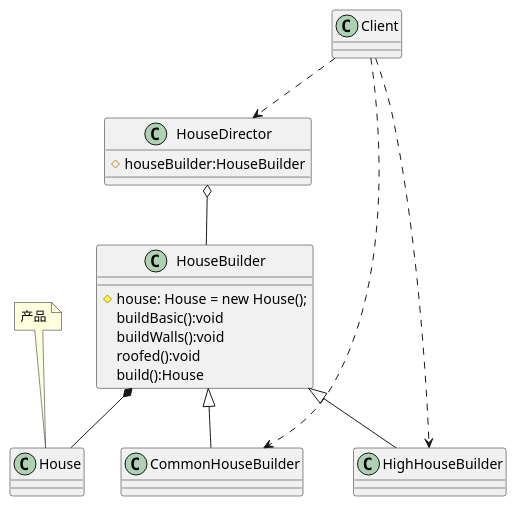
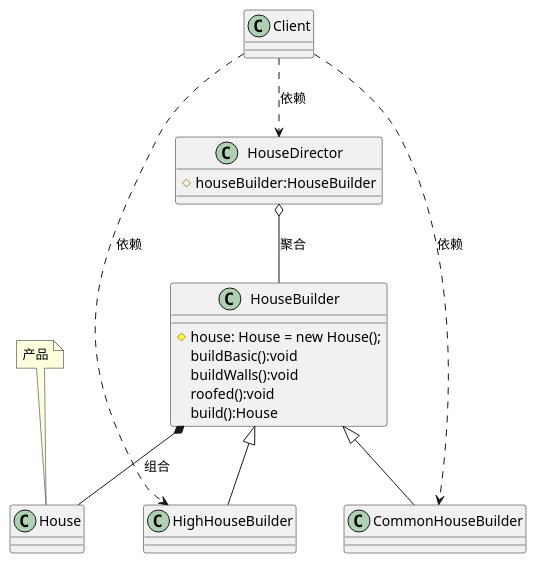
Before and after one commit to shaoshaossm/DesignPatterns: the diagram in src/com/ssm/builder/improve/builder.puml, drawn with PlantUML.

Commit message:
UML类图注释添加

```diff
--- a/src/com/ssm/builder/improve/builder.puml
+++ b/src/com/ssm/builder/improve/builder.puml
@@ -1,28 +1,28 @@
 @startuml
 
 class House
 note top of House : 产品
 class HouseBuilder{
 
      #  house: House = new House();
         buildBasic():void
         buildWalls():void
         roofed():void
         build():House
 }
-HouseBuilder *-- House
+HouseBuilder *-- House: 组合
 class CommonHouseBuilder extends HouseBuilder{
 }
 class HighHouseBuilder extends HouseBuilder{
 }
 class HouseDirector{
     # houseBuilder:HouseBuilder
 }
 
-HouseDirector o-- HouseBuilder
+HouseDirector o-- HouseBuilder: 聚合
 class Client
-Client ..> HouseDirector
-Client ..> CommonHouseBuilder
-Client ..> HighHouseBuilder
+Client ..> HouseDirector: 依赖
+Client ..> CommonHouseBuilder: 依赖
+Client ..> HighHouseBuilder: 依赖
 
 @enduml
```
